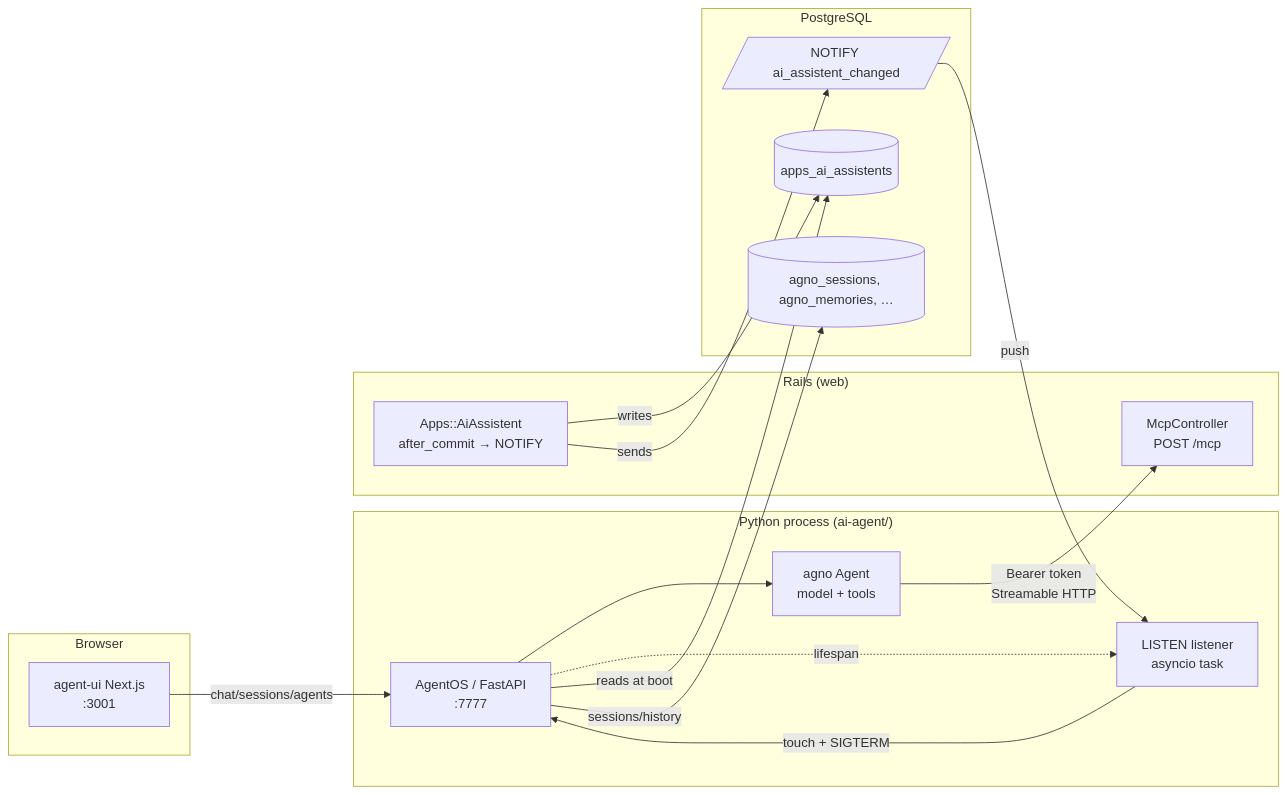
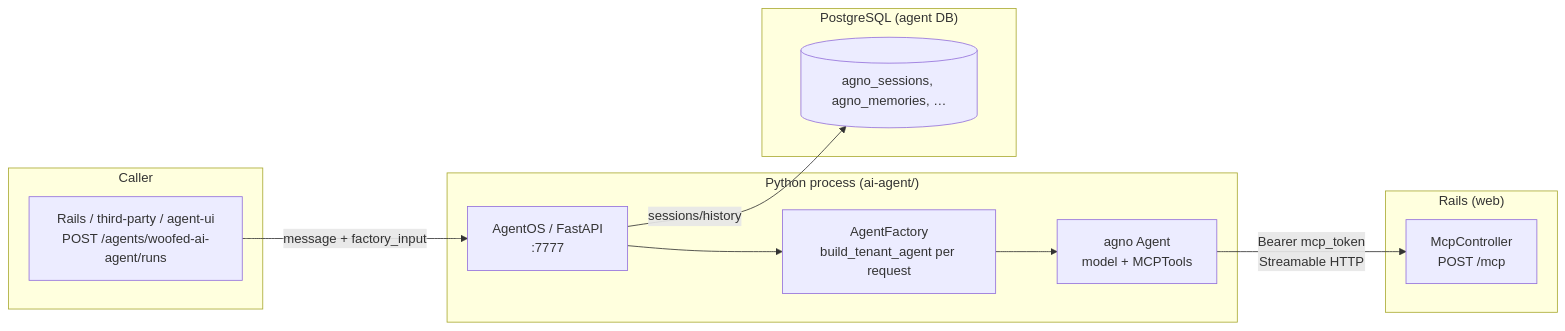
Before and after one commit to douglara/woofed-crm: the first of 2 diagrams in docs/ai-agent/architecture.md, drawn with Mermaid. The commit also changed other lines of this file and 4 other files, not shown here.

Commit message:
Update docs and create woofed_ai_token method to user model

````diff
--- a/docs/ai-agent/architecture.md
+++ b/docs/ai-agent/architecture.md
@@ -22,34 +26,26 @@
 ```mermaid
 flowchart LR
-    subgraph Browser
-        UI[agent-ui Next.js<br/>:3001]
+    subgraph Caller
+        C[Rails / third-party / agent-ui<br/>POST /agents/woofed-ai-agent/runs]
     end
 
     subgraph "Python process (ai-agent/)"
         AOS[AgentOS / FastAPI<br/>:7777]
-        AG[agno Agent<br/>model + tools]
-        LIS[LISTEN listener<br/>asyncio task]
-        AOS --> AG
-        AOS -. lifespan .-> LIS
+        FAC[AgentFactory<br/>build_tenant_agent per request]
+        AG[agno Agent<br/>model + MCPTools]
+        AOS --> FAC
+        FAC --> AG
     end
 
     subgraph "Rails (web)"
-        AI[Apps::AiAssistent<br/>after_commit → NOTIFY]
         MCP[McpController<br/>POST /mcp]
     end
 
-    subgraph "PostgreSQL"
-        T1[(apps_ai_assistents)]
-        T2[(agno_sessions, agno_memories, …)]
-        CHAN[/NOTIFY ai_assistent_changed/]
+    subgraph "PostgreSQL (agent DB)"
+        T[(agno_sessions, agno_memories, …)]
     end
 
-    UI -->|chat/sessions/agents| AOS
-    AG -->|Bearer token<br/>Streamable HTTP| MCP
-    AOS -->|reads at boot| T1
-    AOS -->|sessions/history| T2
-    AI -->|writes| T1
-    AI -->|sends| CHAN
-    CHAN -->|push| LIS
-    LIS -->|touch + SIGTERM| AOS
+    C -->|message + factory_input| AOS
+    AG -->|Bearer mcp_token<br/>Streamable HTTP| MCP
+    AOS -->|sessions/history| T
 ```
````
